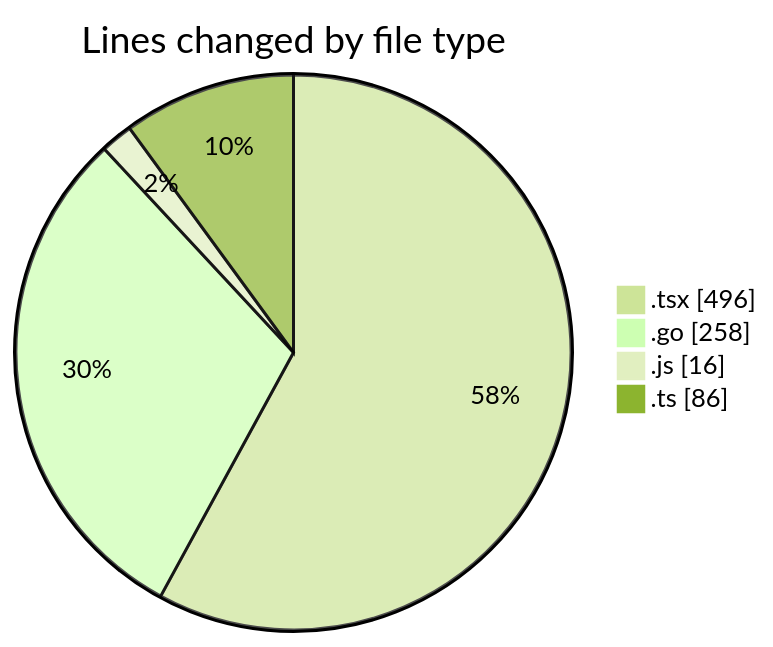
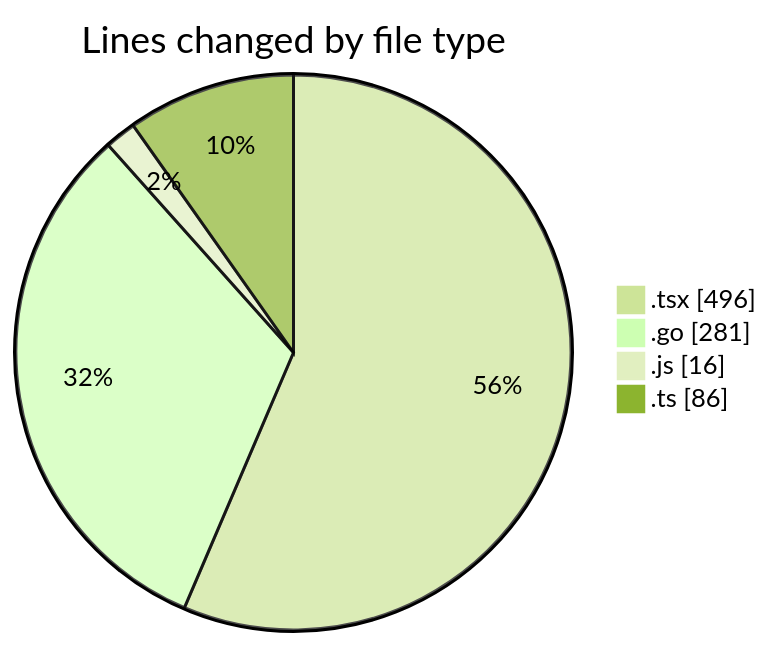
The first of 2 diagrams in 2025-03-04/termonied_testador/README.md (robertbonfada/code-tracking), drawn with Mermaid (forest theme) before and after one commit. The commit also changed other lines of this file and 1 other file, not shown here.

````diff
--- a/2025-03-04/termonied_testador/README.md
+++ b/2025-03-04/termonied_testador/README.md
@@ -26,8 +26,8 @@
 ```mermaid
 pie showData
 title Lines changed by file type
 ".tsx" : 496
-".go" : 258
+".go" : 281
 ".js" : 16
 ".ts" : 86
 ```
````
